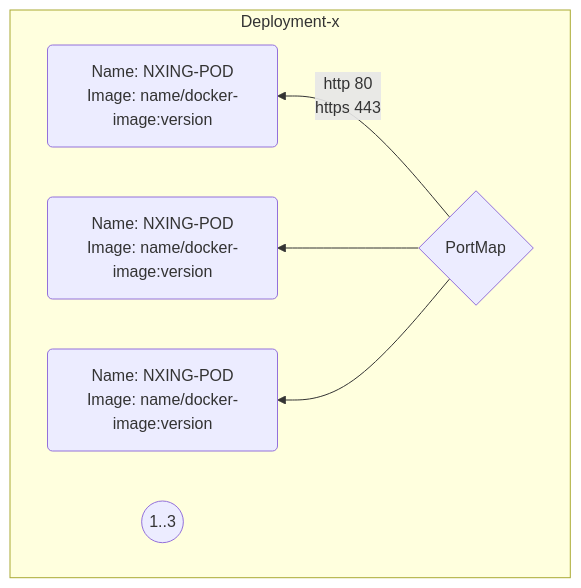
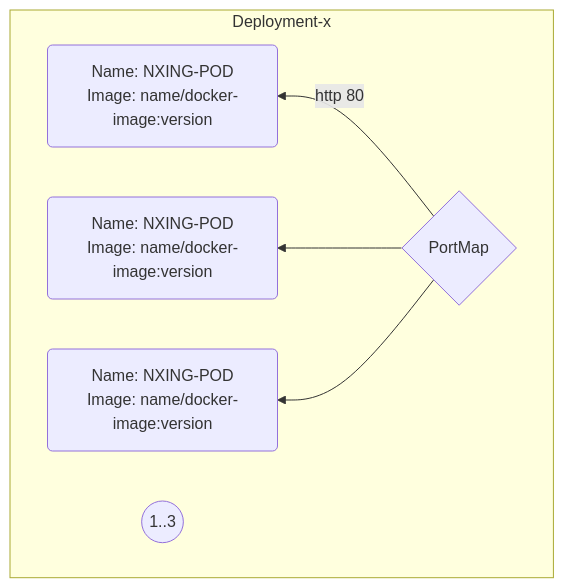
The first of 3 diagrams in README.md (TimRoos98/rendering), drawn with Mermaid before and after one commit.

````diff
--- a/README.md
+++ b/README.md
@@ -1,16 +1,15 @@
 ```mermaid
 flowchart TD
     subgraph Deployment-x
         direction RL
         G{PortMap}
         scalar((1..3))
-        G--http 80
-            https 443-->Container-1("`Name: NXING-POD
+        G--http 80-->Container-1("`Name: NXING-POD
                         Image: name/docker-image:version`")
         G-->Container-2("`Name: NXING-POD
                         Image: name/docker-image:version`")
         G-->Container-3("`Name: NXING-POD
                         Image: name/docker-image:version`")
     end
 
 ```
````
